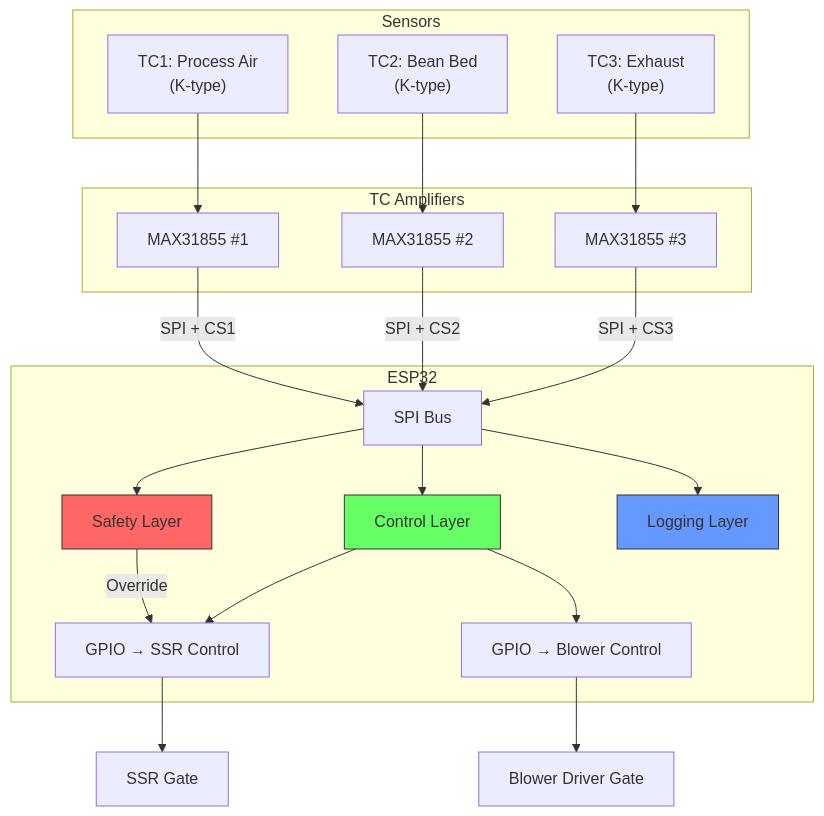
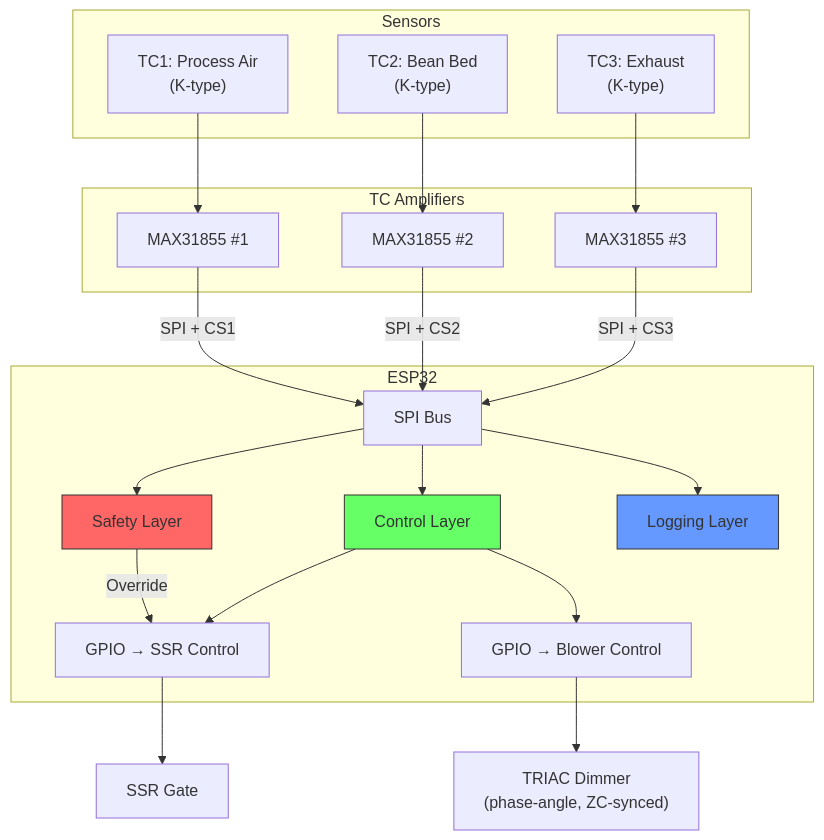
One commit to tom-jordan23/roaster changed the third of 4 diagrams in docs/system/block-diagram.md. Above: the diagram before and after it, drawn with Mermaid. The commit also changed other lines of this file and 9 other files, not shown here.

````diff
--- a/docs/system/block-diagram.md
+++ b/docs/system/block-diagram.md
@@ -111,46 +122,46 @@
 ```mermaid
 flowchart TD
     subgraph Sensors
         TC1["TC1: Process Air\n(K-type)"]
         TC2["TC2: Bean Bed\n(K-type)"]
         TC3["TC3: Exhaust\n(K-type)"]
     end
 
     subgraph TC_Interface["TC Amplifiers"]
         AMP1["MAX31855 #1"]
         AMP2["MAX31855 #2"]
         AMP3["MAX31855 #3"]
     end
 
     TC1 --> AMP1
     TC2 --> AMP2
     TC3 --> AMP3
 
     subgraph MCU["ESP32"]
         SPI["SPI Bus"]
         GPIO_SSR["GPIO → SSR Control"]
         GPIO_BLWR["GPIO → Blower Control"]
         SAFETY["Safety Layer"]
         CTRL["Control Layer"]
         LOG["Logging Layer"]
     end
 
     AMP1 -->|SPI + CS1| SPI
     AMP2 -->|SPI + CS2| SPI
     AMP3 -->|SPI + CS3| SPI
 
     SPI --> SAFETY
     SPI --> CTRL
     SPI --> LOG
 
     SAFETY -->|Override| GPIO_SSR
     CTRL --> GPIO_SSR
     CTRL --> GPIO_BLWR
 
     GPIO_SSR --> SSR["SSR Gate"]
-    GPIO_BLWR --> BDRV["Blower Driver Gate"]
+    GPIO_BLWR --> BDRV["TRIAC Dimmer\n(phase-angle, ZC-synced)"]
 
     style SAFETY fill:#f66,stroke:#333
     style CTRL fill:#6f6,stroke:#333
     style LOG fill:#69f,stroke:#333
 ```
````
